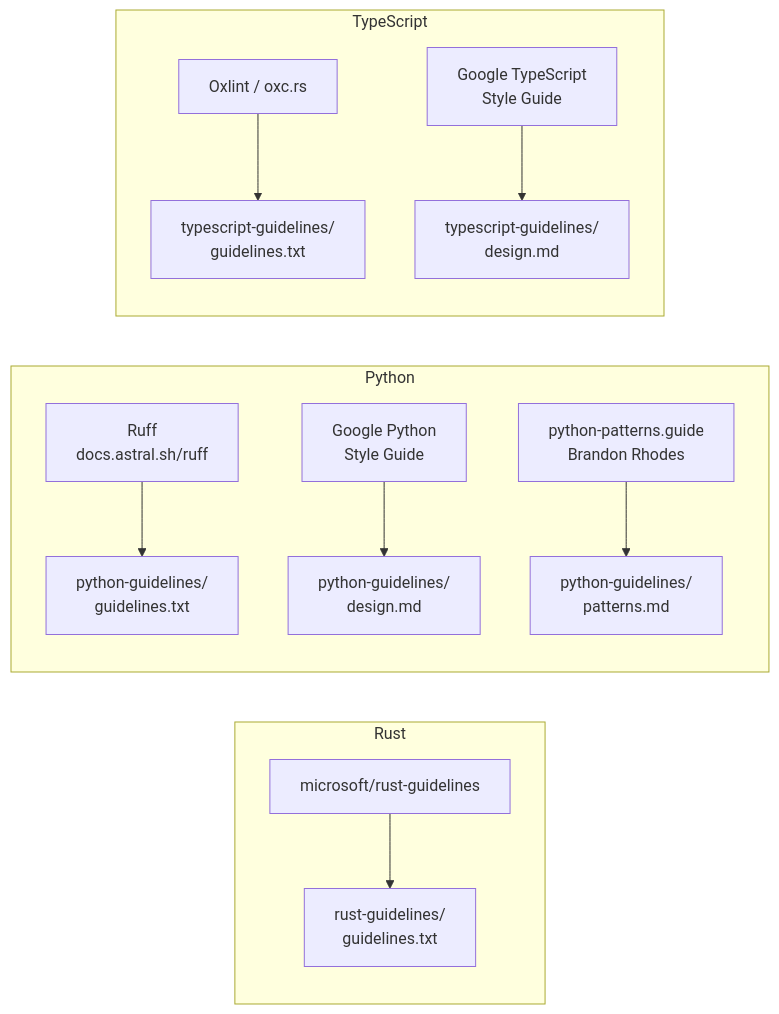
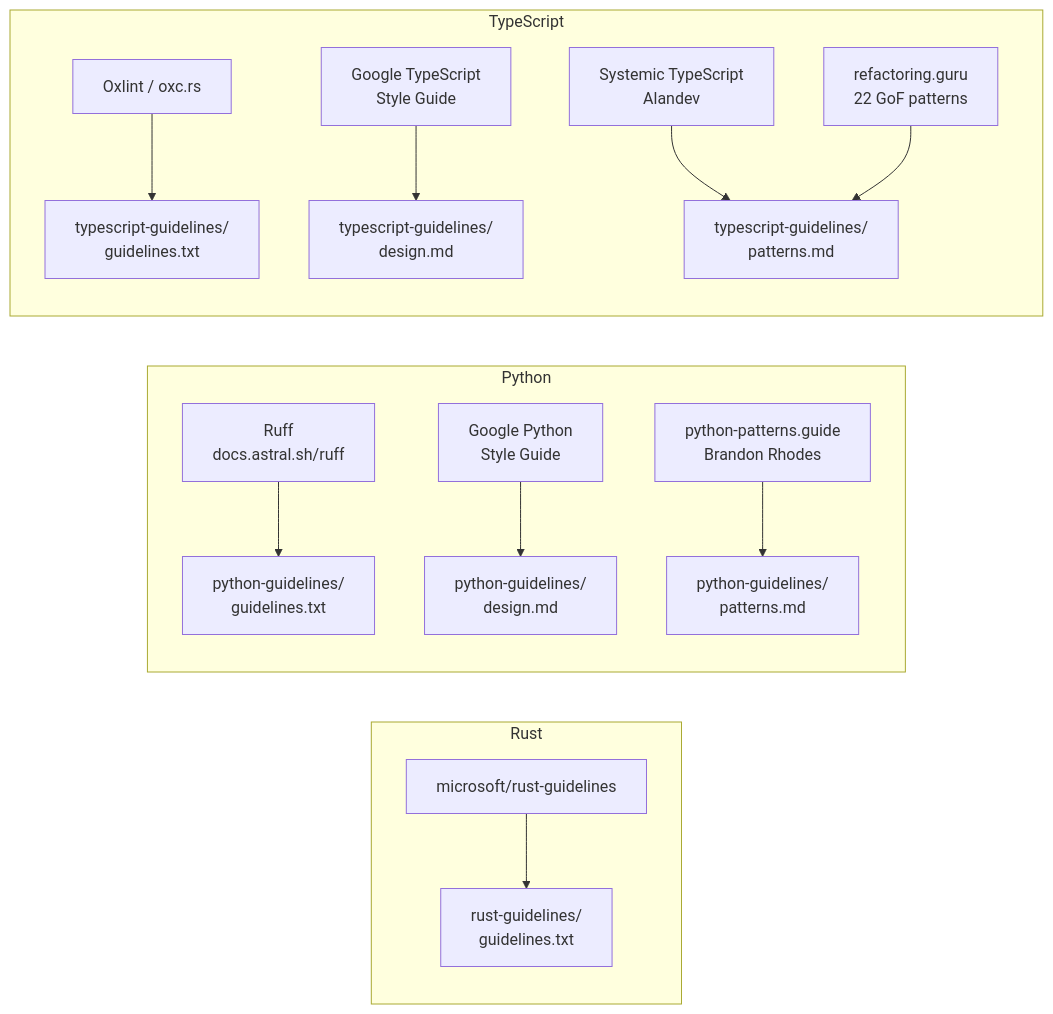
One commit to youssef-tharwat/lang-guidelines changed the second of 2 diagrams in README.md. Above: the diagram before and after it, drawn with Mermaid. The commit also changed other lines of this file and 3 other files, not shown here.

First line of the commit message:
feat(ts): add patterns.md — Systemic TypeScript + 22 GoF patterns

````diff
--- a/README.md
+++ b/README.md
@@ -52,15 +53,17 @@
 ```mermaid
 flowchart LR
     subgraph Rust
         R1[microsoft/rust-guidelines] --> RG[rust-guidelines/<br/>guidelines.txt]
     end
     subgraph Python
         P1[Ruff<br/>docs.astral.sh/ruff] --> PG[python-guidelines/<br/>guidelines.txt]
         P2[Google Python<br/>Style Guide] --> PD[python-guidelines/<br/>design.md]
         P3[python-patterns.guide<br/>Brandon Rhodes] --> PP[python-guidelines/<br/>patterns.md]
     end
     subgraph TypeScript
         T1[Oxlint / oxc.rs] --> TG[typescript-guidelines/<br/>guidelines.txt]
         T2[Google TypeScript<br/>Style Guide] --> TD[typescript-guidelines/<br/>design.md]
+        T3[Systemic TypeScript<br/>Alandev] --> TP[typescript-guidelines/<br/>patterns.md]
+        T4[refactoring.guru<br/>22 GoF patterns] --> TP
     end
 ```
````
